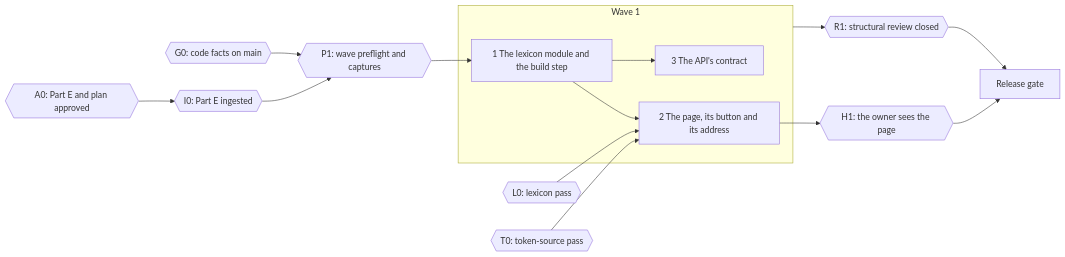
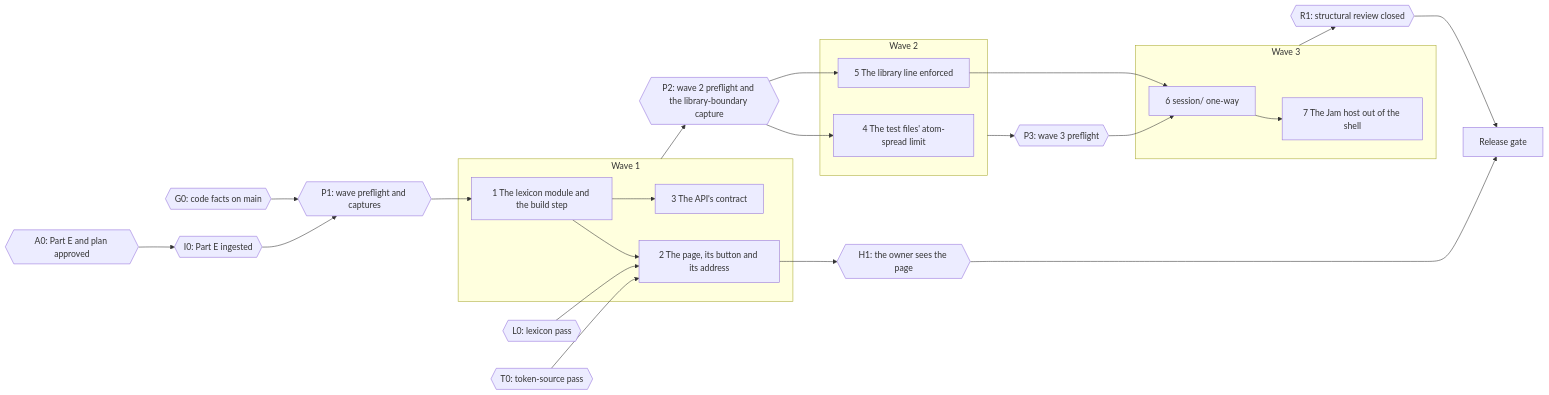
Before and after one commit to kluthen/infinite-flow: the diagram in specs/versions/v3/build-plan-v3.4.md, drawn with Mermaid. The commit also changed other lines of this file, not shown here.

````diff
--- a/specs/versions/v3/build-plan-v3.4.md
+++ b/specs/versions/v3/build-plan-v3.4.md
@@ -75,28 +102,45 @@
 ```mermaid
 flowchart LR
   A0{{A0: Part E and plan approved}}
   G0{{G0: code facts on main}}
   L0{{L0: lexicon pass}}
   T0{{T0: token-source pass}}
   I0{{I0: Part E ingested}}
   P1{{P1: wave preflight and captures}}
   H1{{H1: the owner sees the page}}
   R1{{R1: structural review closed}}
+  P2{{P2: wave 2 preflight and the library-boundary capture}}
+  P3{{P3: wave 3 preflight}}
   subgraph W1[Wave 1]
     C1[1 The lexicon module and the build step]
     C2[2 The page, its button and its address]
     C3[3 The API's contract]
+  end
+  subgraph W2[Wave 2]
+    C4[4 The test files' atom-spread limit]
+    C5[5 The library line enforced]
+  end
+  subgraph W3[Wave 3]
+    C6[6 session/ one-way]
+    C7[7 The Jam host out of the shell]
   end
   RG[Release gate]
   A0 --> I0 --> P1
   G0 --> P1
   P1 --> C1
   C1 --> C2
   C1 --> C3
   L0 --> C2
   T0 --> C2
-  W1 --> R1
+  W1 --> P2
+  P2 --> C4
+  P2 --> C5
+  W2 --> P3
+  C5 --> C6
+  P3 --> C6
+  C6 --> C7
+  W3 --> R1
   C2 --> H1
   H1 --> RG
   R1 --> RG
 ```
````
